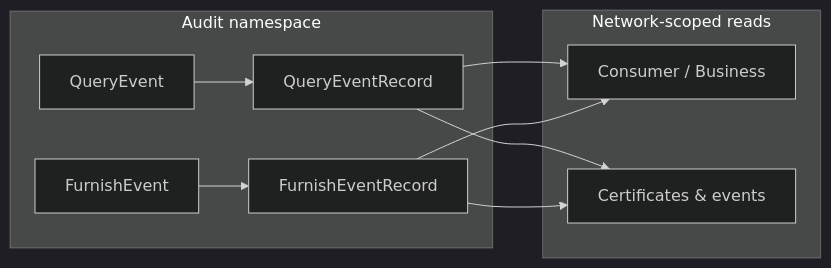
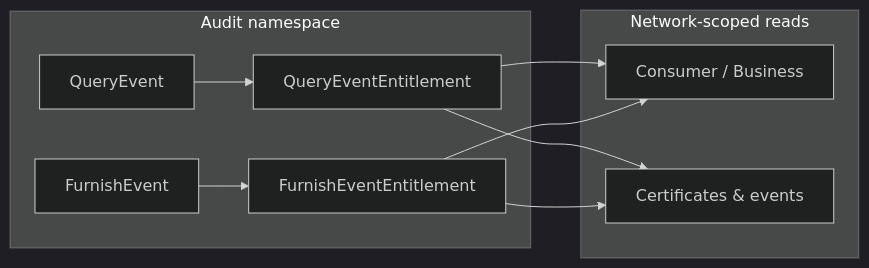
One commit to solo-finance/docs changed the diagram in concepts/audit-and-visibility.mdx. Above: the diagram before and after it, drawn with Mermaid (dark theme). The commit also changed other lines of this file and 2 other files, not shown here.

````diff
--- a/concepts/audit-and-visibility.mdx
+++ b/concepts/audit-and-visibility.mdx
@@ -16,19 +16,19 @@
 ```mermaid
 flowchart LR
     subgraph audit [Audit namespace]
         QE[QueryEvent]
         FE[FurnishEvent]
-        QER[QueryEventRecord]
-        FER[FurnishEventRecord]
+        QER[QueryEventEntitlement]
+        FER[FurnishEventEntitlement]
     end
     subgraph runtime [Network-scoped reads]
         Consumer[Consumer / Business]
         Certs[Certificates & events]
     end
     QE --> QER
     FE --> FER
     QER --> Consumer
     QER --> Certs
     FER --> Consumer
     FER --> Certs
 ```
````
